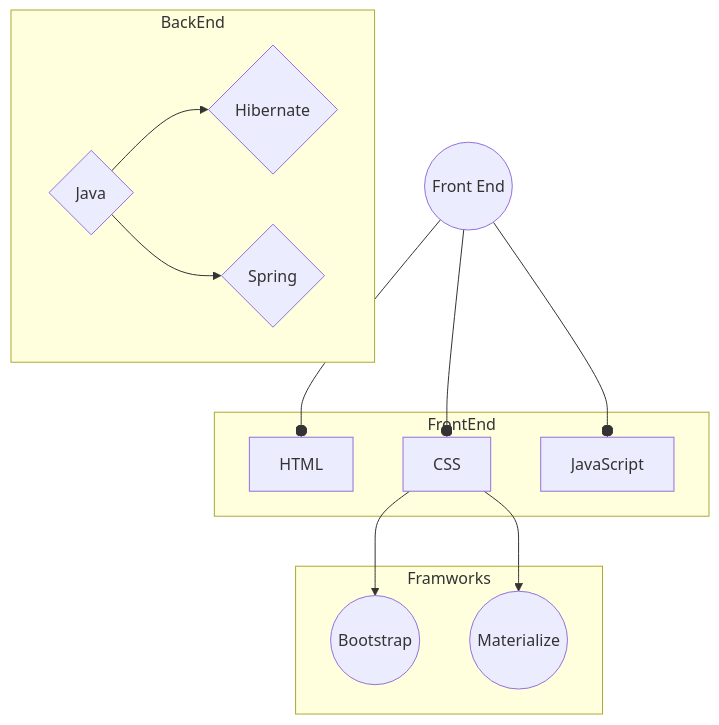
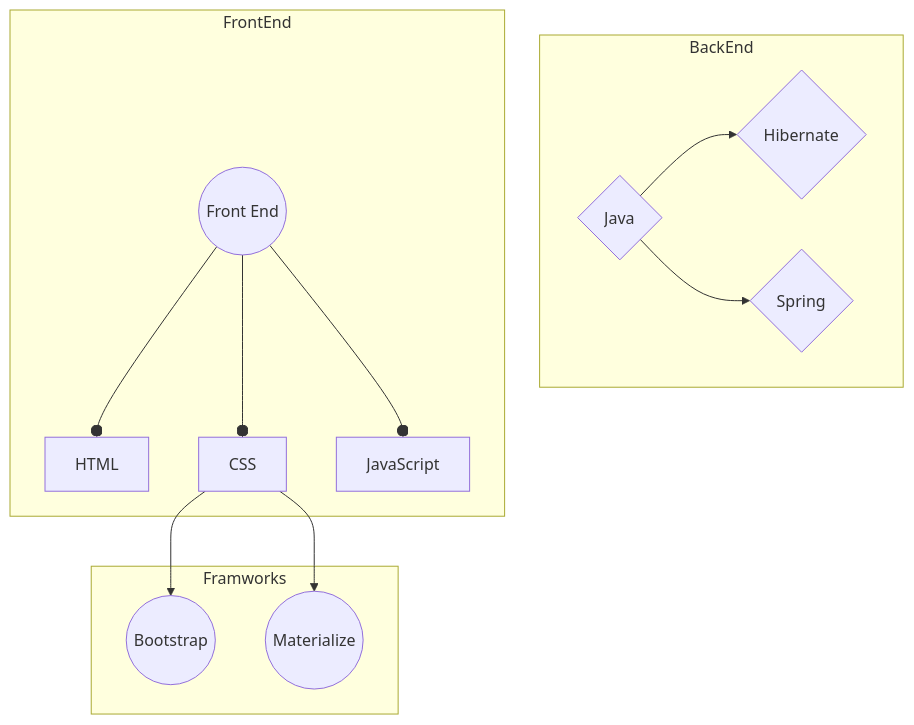
The diagram in README.md (krtuhin/krtuhin), drawn with Mermaid before and after one commit.

````diff
--- a/README.md
+++ b/README.md
@@ -104,33 +104,35 @@
 ```mermaid
 flowchart 
 fw1((Front End))
 f1[HTML]
 f2[CSS]
 f3[JavaScript]
 fw2((Bootstrap))
 fw3((Materialize))
 b1{Java}
 b2{Hibernate}
 b3{Spring}
  subgraph  BackEnd
 b1
 b2
 b3
  end  
  subgraph Framworks 
 fw2
 fw3
  end
   subgraph  FrontEnd 
+ fw1
  f1
  f2
  f3
  end  
+ 
  fw1 --o f1
  fw1 --o f2
  fw1 --o f3
  f2 --> fw2
  f2 --> fw3
  b1 -->b2
  b1 --> b3
  ```
````
